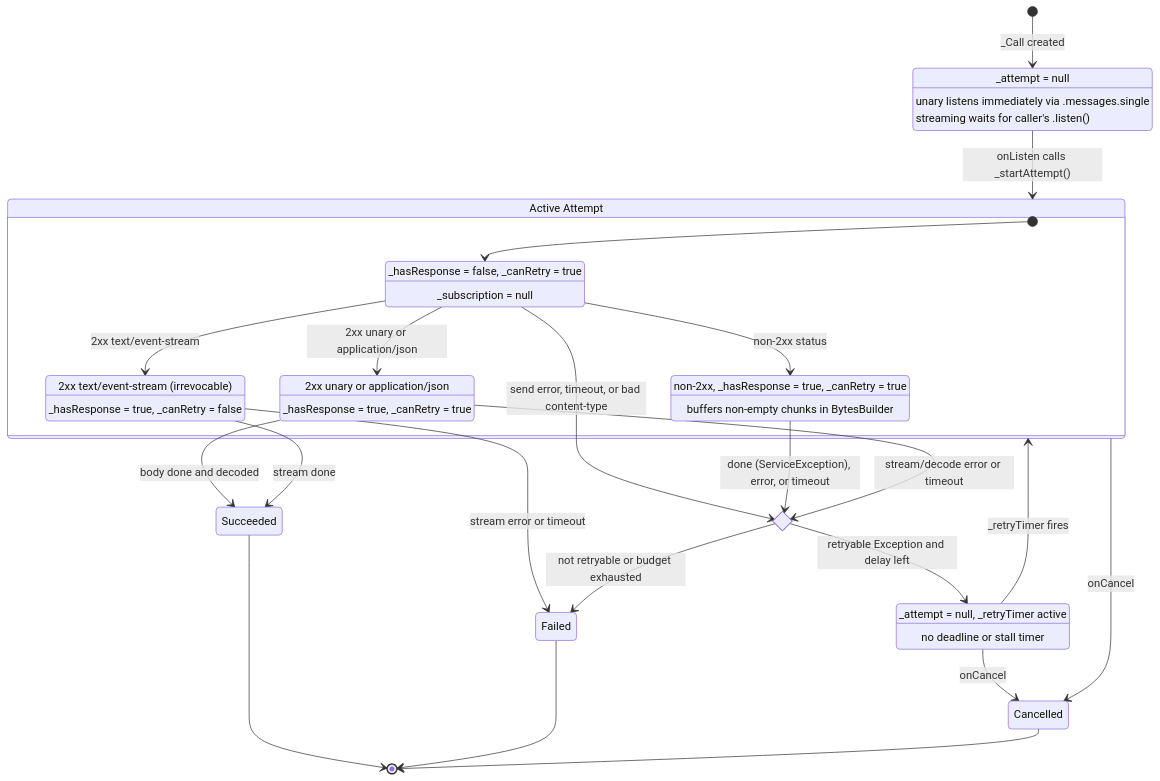
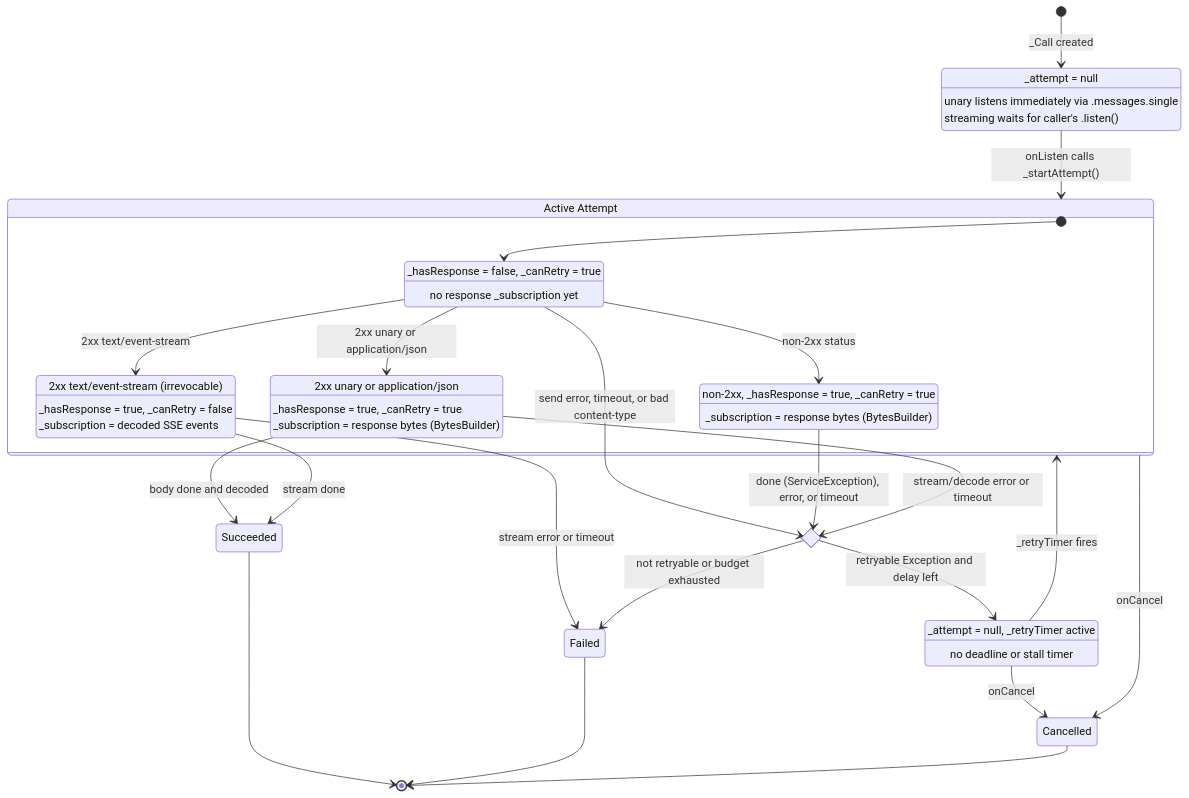
The first of 2 diagrams in generated/google_cloud_rpc/STATE_MACHINE.md (googleapis/google-cloud-dart), drawn with Mermaid before and after one commit. The commit also changed other lines of this file, not shown here.

Commit message:
docs(rpc): clarify response _subscription in state-machine diagrams

````diff
--- a/generated/google_cloud_rpc/STATE_MACHINE.md
+++ b/generated/google_cloud_rpc/STATE_MACHINE.md
@@ -22,52 +22,54 @@
 ```mermaid
 stateDiagram-v2
     Idle : _attempt = null
     Idle : unary listens immediately via .messages.single
     Idle : streaming waits for caller's .listen()
 
     state "Active Attempt" as ActiveAttempt {
         [*] --> AwaitingHeaders
 
         AwaitingHeaders : _hasResponse = false, _canRetry = true
-        AwaitingHeaders : _subscription = null
+        AwaitingHeaders : no response _subscription yet
 
         ReadingErrorBody : non-2xx, _hasResponse = true, _canRetry = true
-        ReadingErrorBody : buffers non-empty chunks in BytesBuilder
+        ReadingErrorBody : _subscription = response bytes (BytesBuilder)
 
         ReadingBufferedBody : 2xx unary or application/json
         ReadingBufferedBody : _hasResponse = true, _canRetry = true
+        ReadingBufferedBody : _subscription = response bytes (BytesBuilder)
 
         StreamingEvents : 2xx text/event-stream (irrevocable)
         StreamingEvents : _hasResponse = true, _canRetry = false
+        StreamingEvents : _subscription = decoded SSE events
 
         AwaitingHeaders --> ReadingErrorBody : non-2xx status
         AwaitingHeaders --> ReadingBufferedBody : 2xx unary or application/json
         AwaitingHeaders --> StreamingEvents : 2xx text/event-stream
     }
 
     state RetryCheck <<choice>>
 
     WaitingToRetry : _attempt = null, _retryTimer active
     WaitingToRetry : no deadline or stall timer
 
     [*] --> Idle : _Call created
     Idle --> ActiveAttempt : onListen calls _startAttempt()
 
     AwaitingHeaders --> RetryCheck : send error, timeout, or bad content-type
     ReadingErrorBody --> RetryCheck : done (ServiceException), error, or timeout
     ReadingBufferedBody --> Succeeded : body done and decoded
     ReadingBufferedBody --> RetryCheck : stream/decode error or timeout
     StreamingEvents --> Succeeded : stream done
     StreamingEvents --> Failed : stream error or timeout
 
     ActiveAttempt --> Cancelled : onCancel
     WaitingToRetry --> Cancelled : onCancel
 
     RetryCheck --> WaitingToRetry : retryable Exception and delay left
     RetryCheck --> Failed : not retryable or budget exhausted
     WaitingToRetry --> ActiveAttempt : _retryTimer fires
 
     Succeeded --> [*]
     Failed --> [*]
     Cancelled --> [*]
 ```
````
